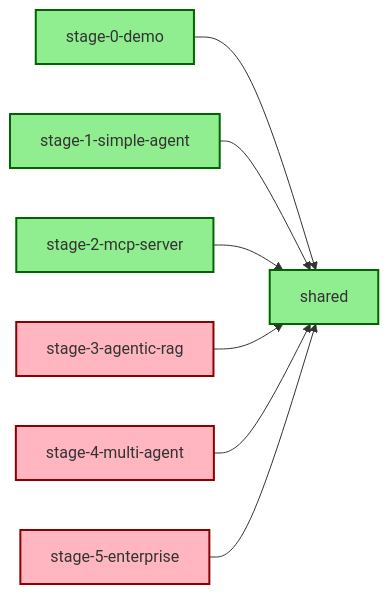
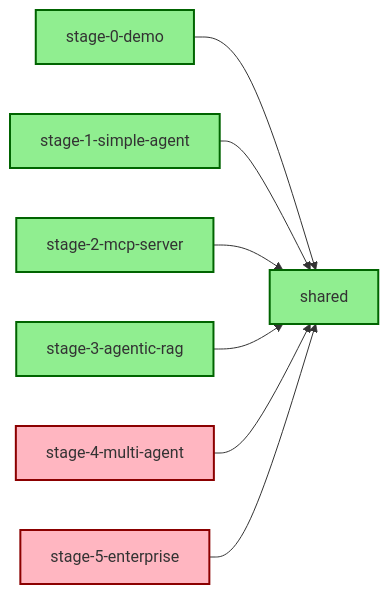
One commit to Incept5/w-jax-munich-2025-workshop changed the third of 3 diagrams in architecture.md. Above: the diagram before and after it, drawn with Mermaid. The commit also changed other lines of this file, not shown here.

````diff
--- a/architecture.md
+++ b/architecture.md
@@ -538,14 +561,14 @@
 ```mermaid
 graph LR
     SHARED[shared]:::complete
     
     S0[stage-0-demo]:::complete --> SHARED
     S1[stage-1-simple-agent]:::complete --> SHARED
     S2[stage-2-mcp-server]:::complete --> SHARED
-    S3[stage-3-agentic-rag]:::todo --> SHARED
+    S3[stage-3-agentic-rag]:::complete --> SHARED
     S4[stage-4-multi-agent]:::todo --> SHARED
     S5[stage-5-enterprise]:::todo --> SHARED
     
     classDef complete fill:#90EE90,stroke:#006400,stroke-width:2px
     classDef todo fill:#FFB6C1,stroke:#8B0000,stroke-width:2px
 ```
````
